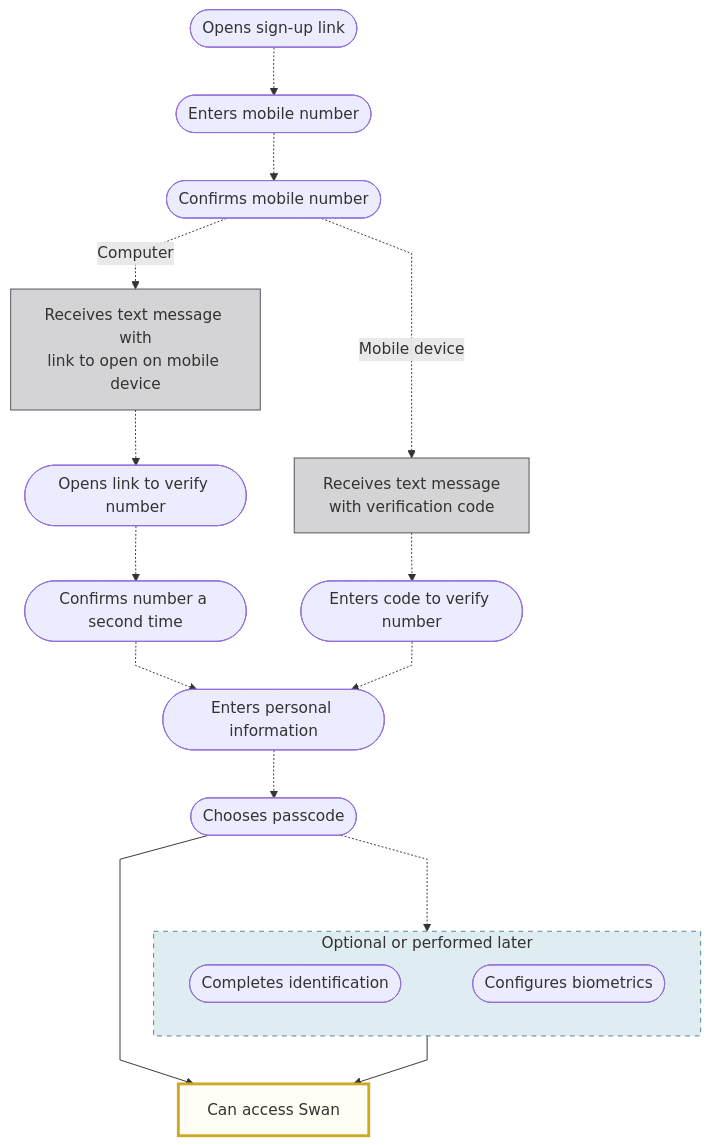
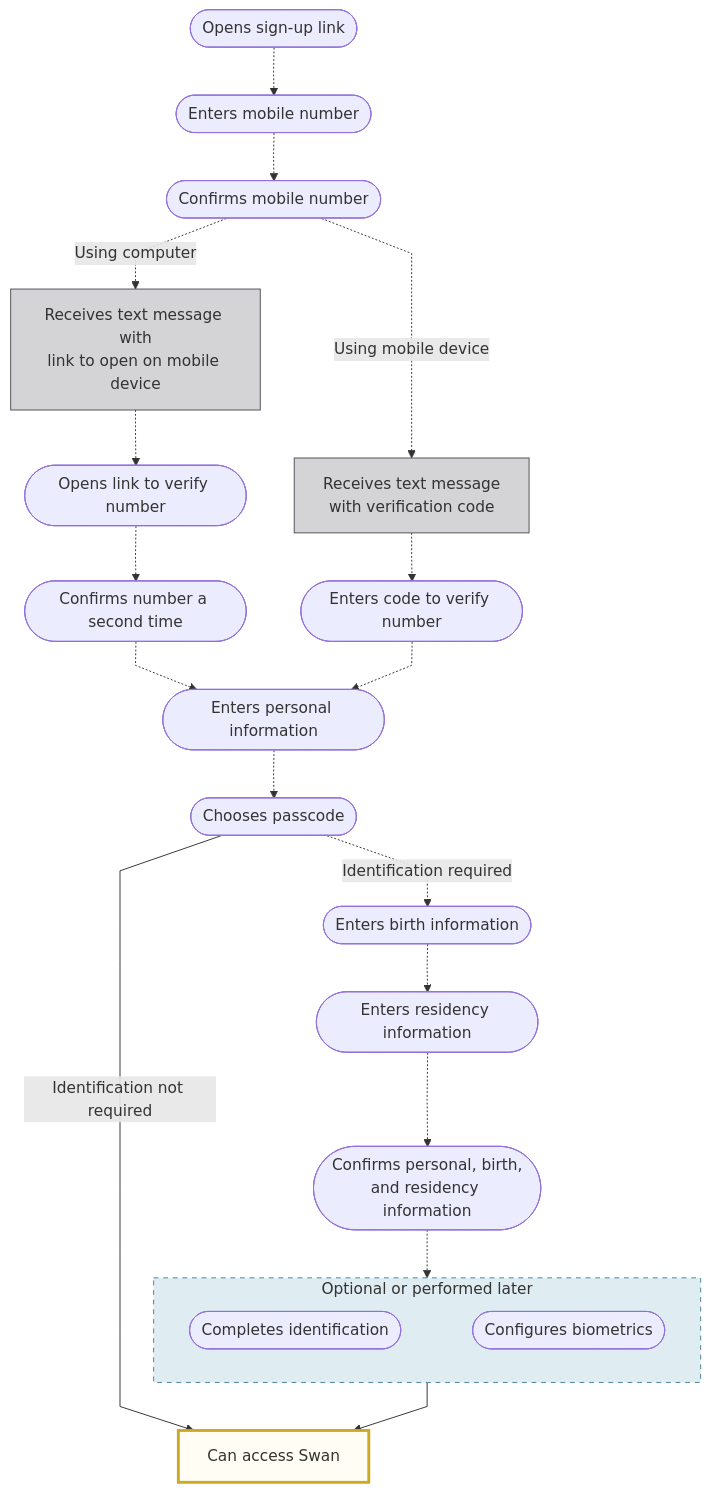
Before and after one commit to swan-io/docs: the first of 2 diagrams in docs/topics/users/index.mdx, drawn with Mermaid. The commit also changed other lines of this file and 4 other files, not shown here.

Commit message:
DOC-918 Update sign-up flow steps and diagram

````diff
--- a/docs/topics/users/index.mdx
+++ b/docs/topics/users/index.mdx
@@ -50,25 +67,28 @@
 ```mermaid
 %%{ init: { 'flowchart': { 'curve': 'linear' } } }%%
 flowchart TB
     SUL([Opens sign-up link]) -.-> M([Enters mobile number])
     M -.-> C([Confirms mobile number])
-    C -.Computer.-> CO[Receives text message with<br />link to open on mobile device]
-    C -.Mobile device.-> MD[Receives text message<br />with verification code]
+    C -.Using computer.-> CO[Receives text message with<br />link to open on mobile device]
+    C -.Using mobile device.-> MD[Receives text message<br />with verification code]
     CO -.-> CO2([Opens link to verify number])
     CO2 -.-> CO3([Confirms number a second time])
     MD -.-> MD2([Enters code to verify number])
     CO3 -.-> PI([Enters personal information])
     MD2 -.-> PI
     PI -.-> P([Chooses passcode])
-    P -.-> O
+    P -.Identification required.-> BI([Enters birth information])
+    BI -.-> RI([Enters residency information])
+    RI -.-> CI([Confirms personal, birth,<br />and residency information])
+    CI -.-> O
     O --> S[Can access Swan]
-    P ----> S
+    P --Identification not required--> S
     subgraph O[Optional or performed later]
         direction LR
         IV([Completes identification]) ~~~ B([Configures biometrics])
     end
     style CO fill:#D4D3D5,stroke:#514F59
     style MD fill:#D4D3D5,stroke:#514F59
     style S fill:#fffdf4,stroke:#cca922,stroke-width:3px
     style O fill:#dfedf2,stroke:#4d8296,stroke-dasharray: 5 5
 ```
````
